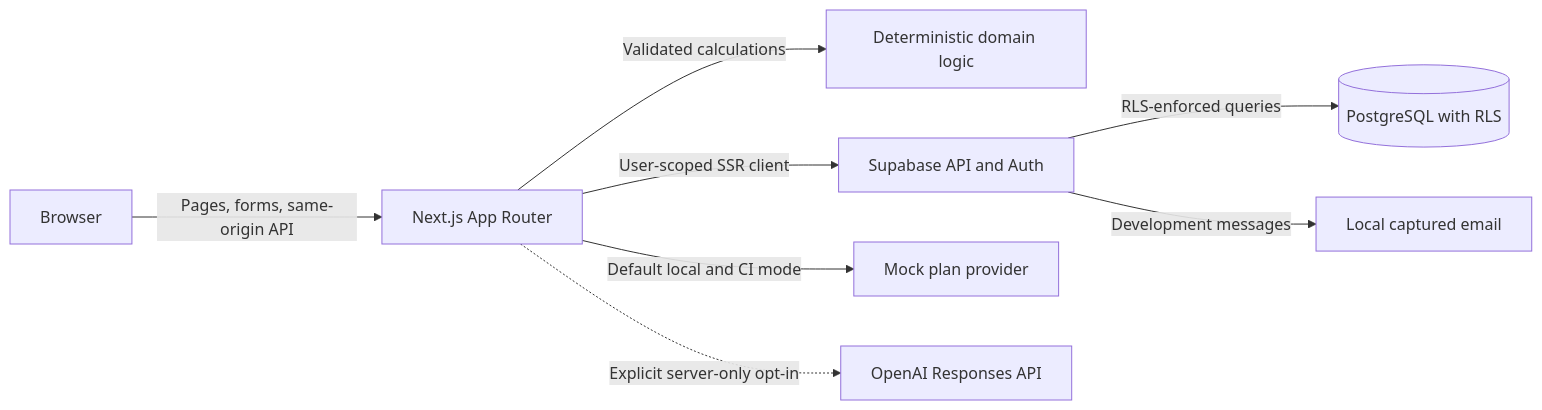
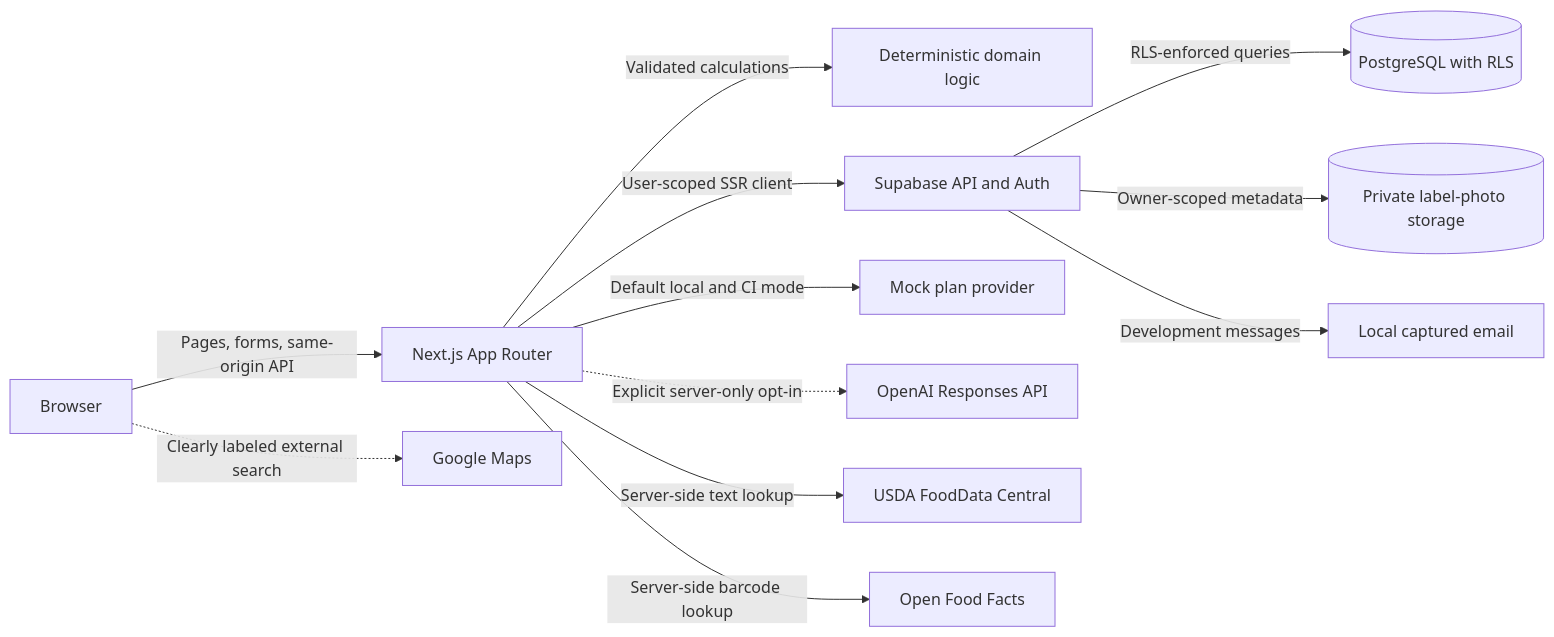
Before and after one commit to thereallinkai/Cutting-1.0: the diagram in README.md, drawn with Mermaid. The commit also changed other lines of this file and 118 other files, not shown here.

````diff
--- a/README.md
+++ b/README.md
@@ -31,19 +37,27 @@
 ```mermaid
 flowchart LR
   B[Browser]
   N[Next.js App Router]
   D[Deterministic domain logic]
   S[Supabase API and Auth]
   P[(PostgreSQL with RLS)]
+  F[(Private label-photo storage)]
   M[Mock plan provider]
   O[OpenAI Responses API]
+  U[USDA FoodData Central]
+  X[Open Food Facts]
+  G[Google Maps]
   E[Local captured email]
 
   B -->|Pages, forms, same-origin API| N
   N -->|Validated calculations| D
   N -->|User-scoped SSR client| S
   S -->|RLS-enforced queries| P
+  S -->|Owner-scoped metadata| F
   S -->|Development messages| E
   N -->|Default local and CI mode| M
   N -. Explicit server-only opt-in .-> O
+  N -->|Server-side text lookup| U
+  N -->|Server-side barcode lookup| X
+  B -. Clearly labeled external search .-> G
 ```
````
